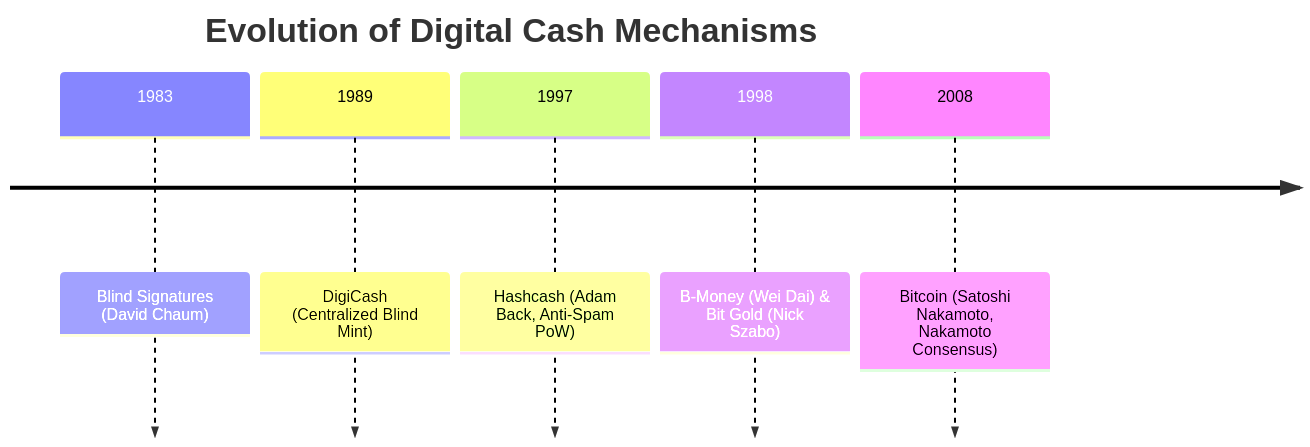
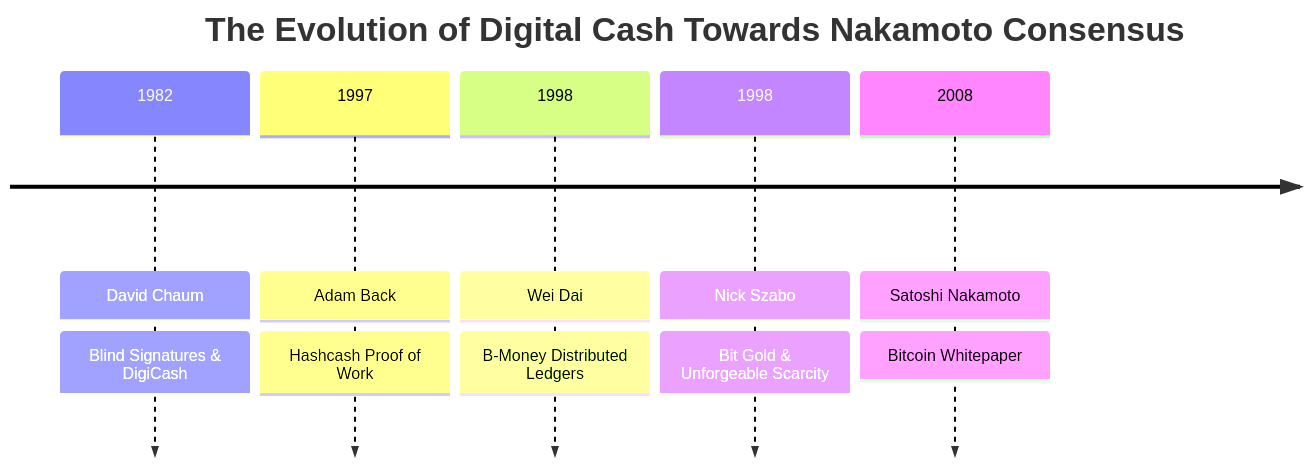
Before and after one commit to ub-society/modules: the third of 8 diagrams in docs/learn/fundamentals/01-distributed-trust/01-double-spending-and-digital-cash.md, drawn with Mermaid. The commit also changed other lines of this file and 3 other files, not shown here.

````diff
--- a/docs/learn/fundamentals/01-distributed-trust/01-double-spending-and-digital-cash.md
+++ b/docs/learn/fundamentals/01-distributed-trust/01-double-spending-and-digital-cash.md
@@ -53,9 +99,9 @@
 ```mermaid
 timeline
-    title Evolution of Digital Cash Mechanisms
-    1983 : Blind Signatures (David Chaum)
-    1989 : DigiCash (Centralized Blind Mint)
-    1997 : Hashcash (Adam Back, Anti-Spam PoW)
-    1998 : B-Money (Wei Dai) & Bit Gold (Nick Szabo)
-    2008 : Bitcoin (Satoshi Nakamoto, Nakamoto Consensus)
+    title The Evolution of Digital Cash Towards Nakamoto Consensus
+    1982 : David Chaum: Blind Signatures & DigiCash
+    1997 : Adam Back: Hashcash Proof of Work
+    1998 : Wei Dai: B-Money Distributed Ledgers
+    1998 : Nick Szabo: Bit Gold & Unforgeable Scarcity
+    2008 : Satoshi Nakamoto: Bitcoin Whitepaper
 ```
````
